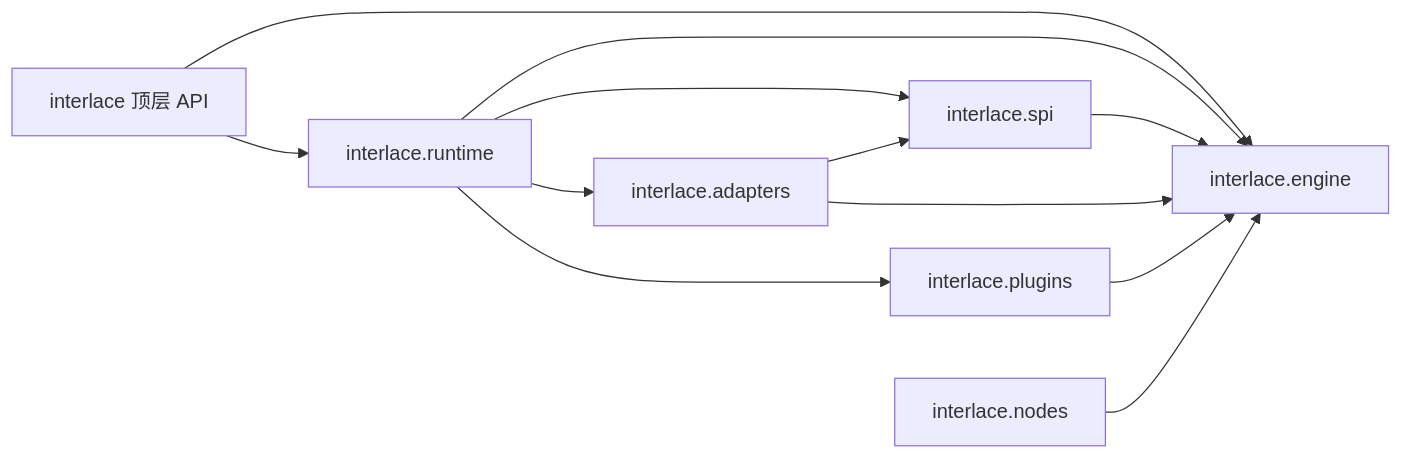
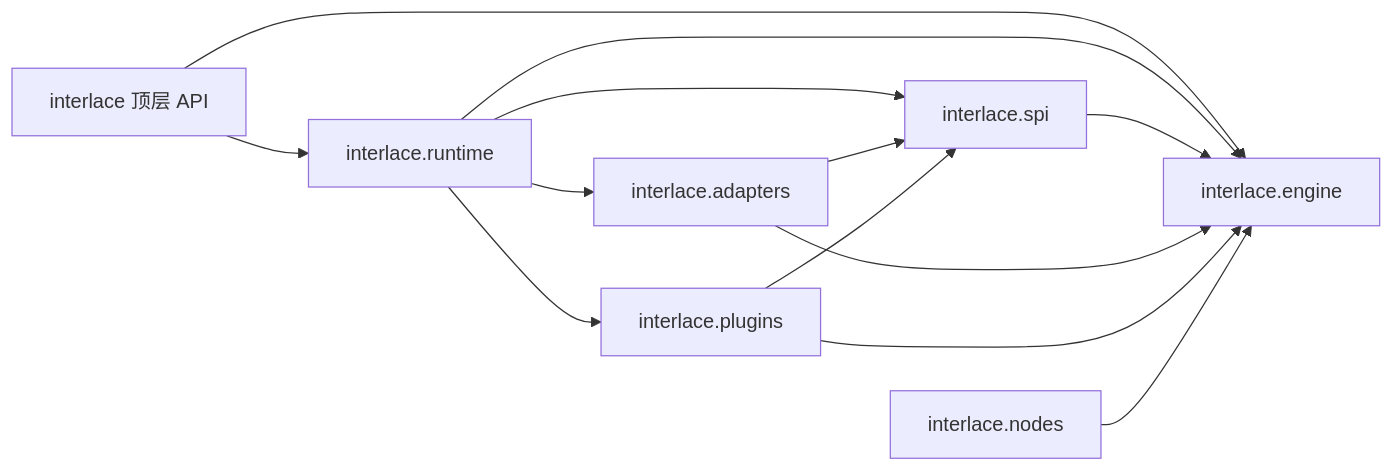
One commit to KKKKKKKEM/interlace changed the first of 5 diagrams in docs/06-runtime-architecture.md. Above: the diagram before and after it, drawn with Mermaid. The commit also changed other lines of this file and 37 other files, not shown here.

````diff
--- a/docs/06-runtime-architecture.md
+++ b/docs/06-runtime-architecture.md
@@ -60,14 +60,15 @@
 ```mermaid
 flowchart LR
     Public[interlace 顶层 API] --> Engine[interlace.engine]
     Public --> Runtime[interlace.runtime]
     Runtime --> Engine
     Runtime --> SPI[interlace.spi]
     Runtime --> Plugins[interlace.plugins]
     Runtime --> Adapters[interlace.adapters]
     SPI --> Engine
     Adapters --> SPI
     Adapters --> Engine
     Plugins --> Engine
+    Plugins --> SPI
     Nodes[interlace.nodes] --> Engine
 ```
````
